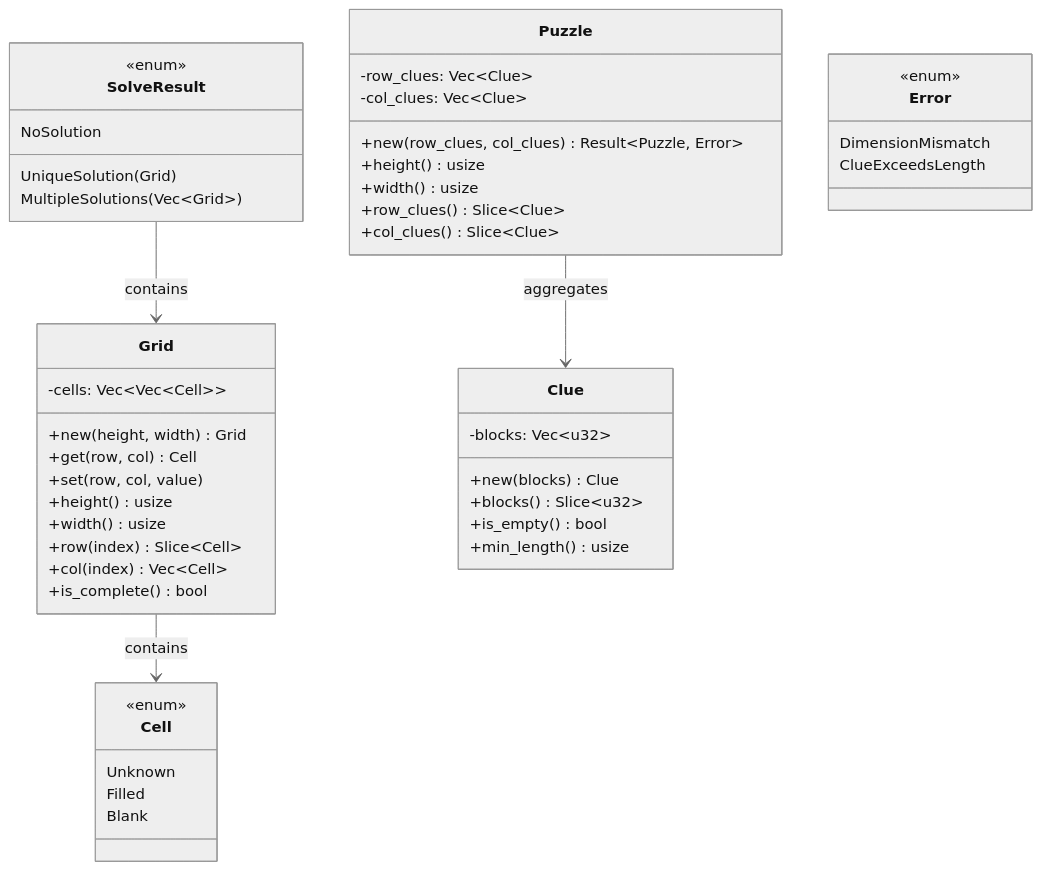
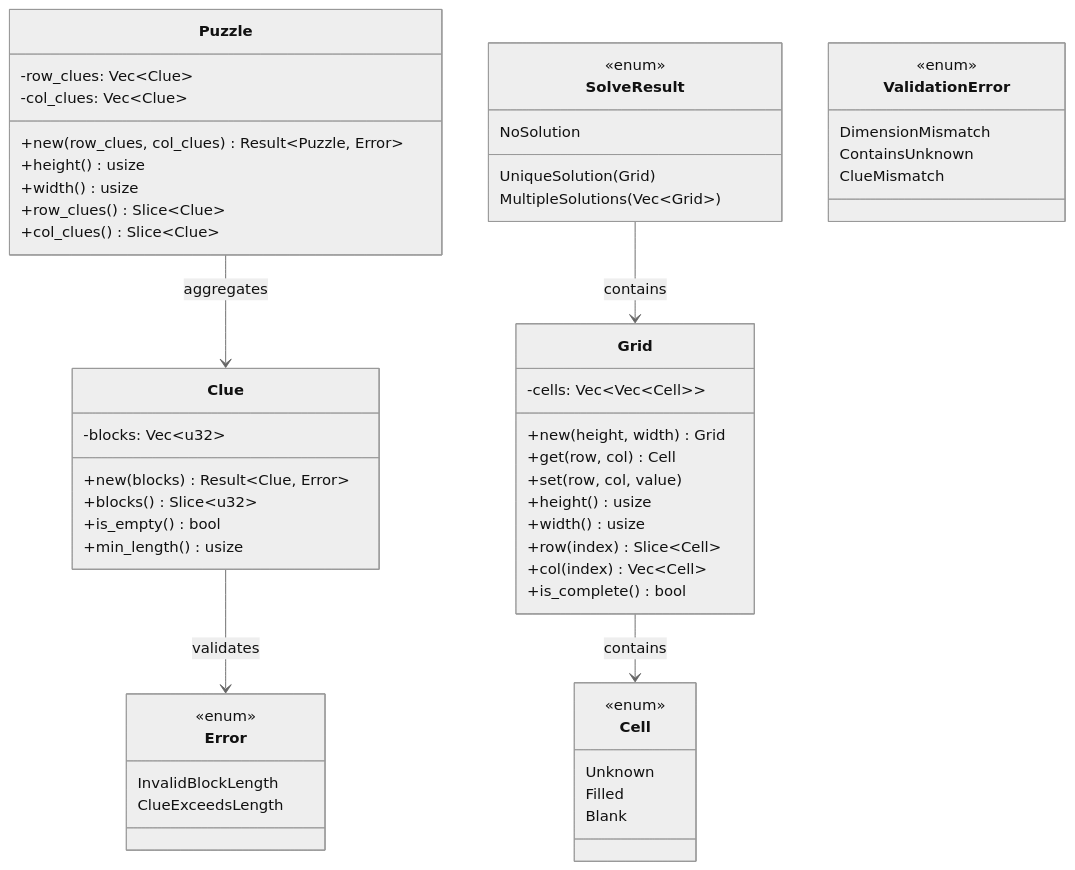
Before and after one commit to mat-der-D/nonogram-engine: the fourth of 4 diagrams in .kiro/specs/nonogram-core/design.md, drawn with Mermaid (neutral theme). The commit also changed other lines of this file and 1 other file, not shown here.

Commit message:
[fix] Fix error handling

````diff
--- a/.kiro/specs/nonogram-core/design.md
+++ b/.kiro/specs/nonogram-core/design.md
@@ -675,56 +726,64 @@
 ```mermaid
 classDiagram
     class Cell {
         <<enum>>
         Unknown
         Filled
         Blank
     }
 
     class Grid {
         -cells: Vec~Vec~Cell~~
         +new(height, width) Grid
         +get(row, col) Cell
         +set(row, col, value)
         +height() usize
         +width() usize
         +row(index) Slice~Cell~
         +col(index) Vec~Cell~
         +is_complete() bool
     }
 
     class Clue {
         -blocks: Vec~u32~
-        +new(blocks) Clue
+        +new(blocks) Result~Clue, Error~
         +blocks() Slice~u32~
         +is_empty() bool
         +min_length() usize
     }
 
     class Puzzle {
         -row_clues: Vec~Clue~
         -col_clues: Vec~Clue~
         +new(row_clues, col_clues) Result~Puzzle, Error~
         +height() usize
         +width() usize
         +row_clues() Slice~Clue~
         +col_clues() Slice~Clue~
     }
 
     class SolveResult {
         <<enum>>
         NoSolution
         UniqueSolution(Grid)
         MultipleSolutions(Vec~Grid~)
     }
 
     class Error {
         <<enum>>
+        InvalidBlockLength
+        ClueExceedsLength
+    }
+
+    class ValidationError {
+        <<enum>>
         DimensionMismatch
-        ClueExceedsLength
+        ContainsUnknown
+        ClueMismatch
     }
 
     Grid --> Cell : contains
     Puzzle --> Clue : aggregates
+    Clue --> Error : validates
     SolveResult --> Grid : contains
 ```
````
